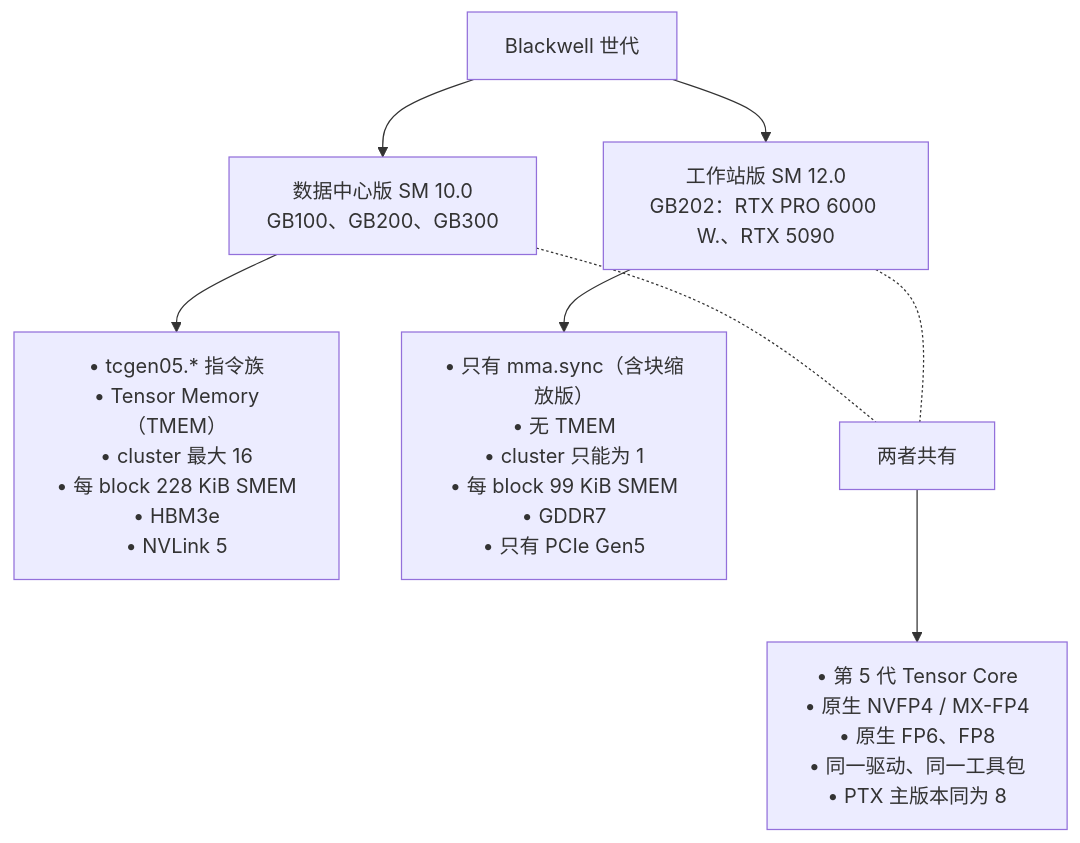
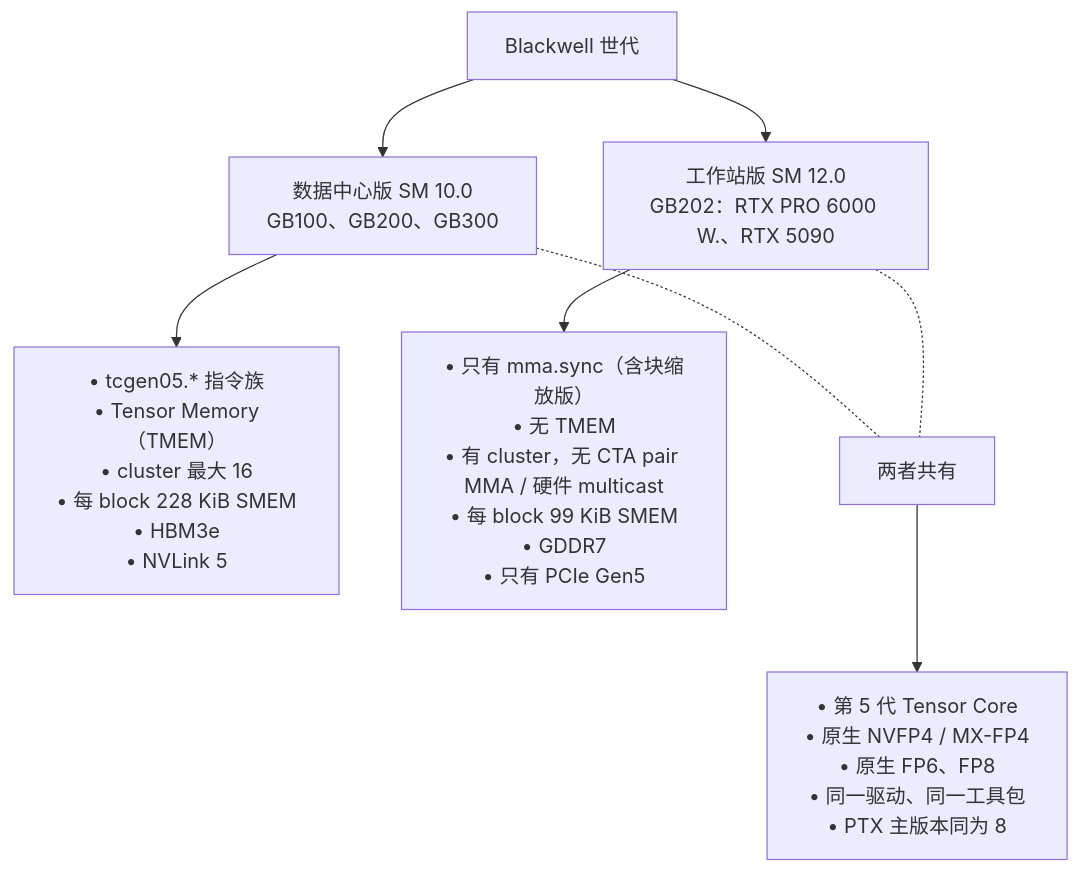
One commit to dawnop/blackwell-gpu-wiki-zh changed the diagram in docs/blackwell/index.md. Above: the diagram before and after it, drawn with Mermaid. The commit also changed 9 other files, not shown here.

````diff
--- a/docs/blackwell/index.md
+++ b/docs/blackwell/index.md
@@ -20,16 +20,16 @@
 ```mermaid
 graph TD
     Blackwell["Blackwell 世代"]
     Blackwell --> DC["数据中心版 SM 10.0<br/>GB100、GB200、GB300"]
     Blackwell --> WS["工作站版 SM 12.0<br/>GB202：RTX PRO 6000 W.、RTX 5090"]
 
     DC --> DC_features["• tcgen05.* 指令族<br/>• Tensor Memory（TMEM）<br/>• cluster 最大 16<br/>• 每 block 228 KiB SMEM<br/>• HBM3e<br/>• NVLink 5"]
 
-    WS --> WS_features["• 只有 mma.sync（含块缩放版）<br/>• 无 TMEM<br/>• cluster 只能为 1<br/>• 每 block 99 KiB SMEM<br/>• GDDR7<br/>• 只有 PCIe Gen5"]
+    WS --> WS_features["• 只有 mma.sync（含块缩放版）<br/>• 无 TMEM<br/>• 有 cluster，无 CTA pair MMA / 硬件 multicast<br/>• 每 block 99 KiB SMEM<br/>• GDDR7<br/>• 只有 PCIe Gen5"]
 
     Both["两者共有"]
     Both --> Both_features["• 第 5 代 Tensor Core<br/>• 原生 NVFP4 / MX-FP4<br/>• 原生 FP6、FP8<br/>• 同一驱动、同一工具包<br/>• PTX 主版本同为 8"]
 
     DC -.- Both
     WS -.- Both
 ```
````
